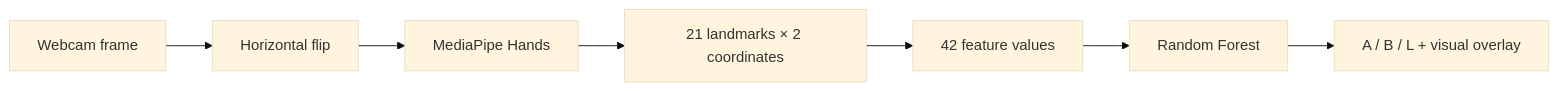
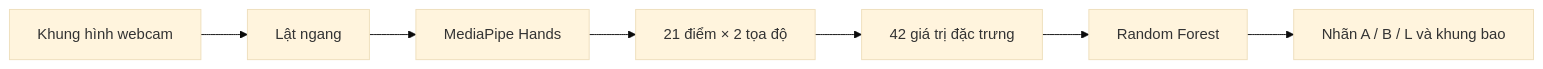
The diagram in README.md (DuongDuyet2909/sign_language_detection), drawn with Mermaid (base theme) before and after one commit. The commit also changed other lines of this file, not shown here.

````diff
--- a/README.md
+++ b/README.md
@@ -77,9 +89,9 @@
 ```mermaid
 flowchart LR
-    A[Webcam frame] --> B[Horizontal flip]
-    B --> C[MediaPipe Hands]
-    C --> D[21 landmarks × 2 coordinates]
-    D --> E[42 feature values]
-    E --> F[Random Forest]
-    F --> G[A / B / L + visual overlay]
+    A["Khung hình webcam"] --> B["Lật ngang"]
+    B --> C["MediaPipe Hands"]
+    C --> D["21 điểm × 2 tọa độ"]
+    D --> E["42 giá trị đặc trưng"]
+    E --> F["Random Forest"]
+    F --> G["Nhãn A / B / L và khung bao"]
 ```
````
